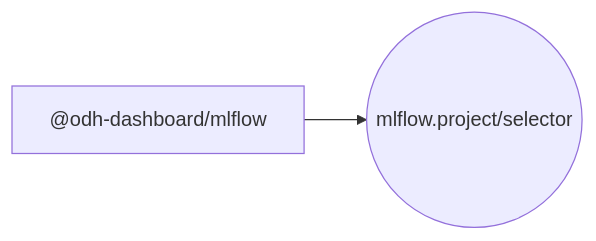
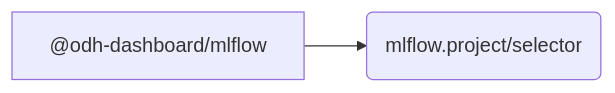
Before and after one commit to mturley/odh-dashboard: the third of 3 diagrams in packages/mlflow/docs/extensions.md, drawn with Mermaid. The commit also changed other lines of this file and 24 other files, not shown here.

````diff
--- a/packages/mlflow/docs/extensions.md
+++ b/packages/mlflow/docs/extensions.md
@@ -72,6 +72,6 @@
 ```mermaid
 flowchart LR
   pkg_n__odh_dashboard_mlflow_1dd153["@odh-dashboard/mlflow"]
-  point_n_mlflow_project_selector_073795(("mlflow.project/selector"))
+  point_n_mlflow_project_selector_073795("mlflow.project/selector")
   pkg_n__odh_dashboard_mlflow_1dd153 --> point_n_mlflow_project_selector_073795
 ```
````
